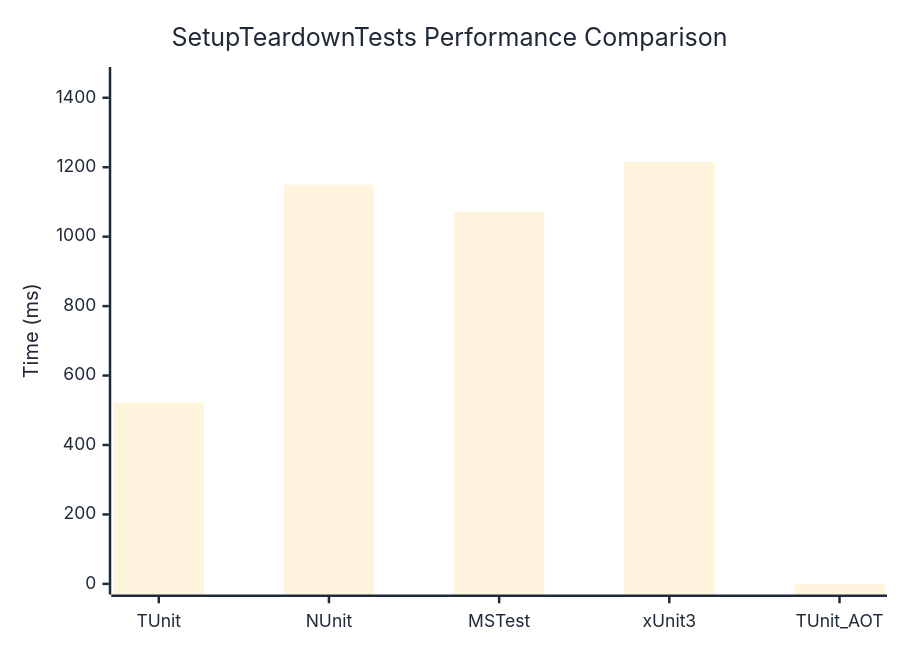
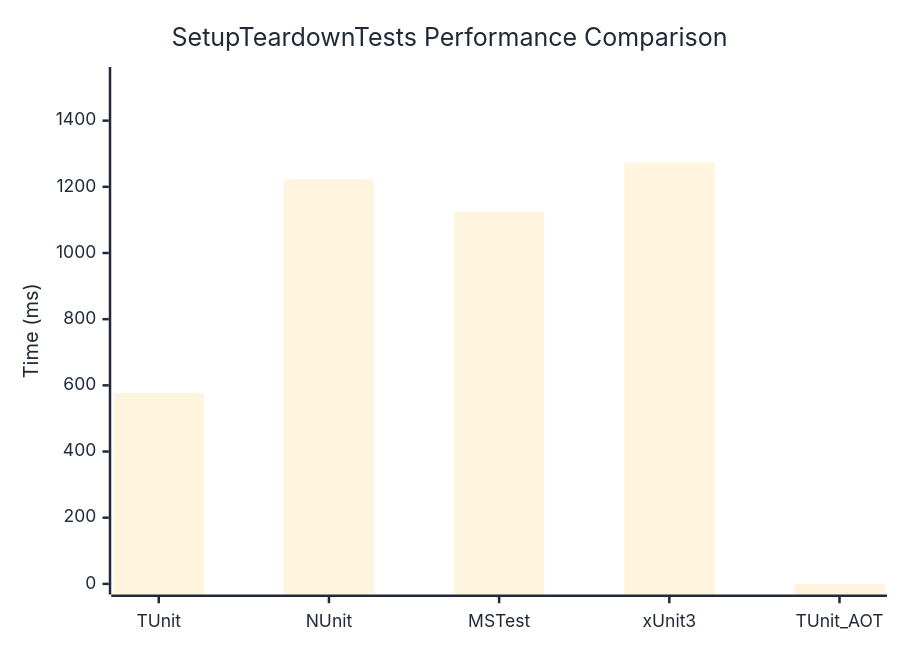
The diagram in docs/docs/benchmarks/SetupTeardownTests.md (thomhurst/TUnit), drawn with Mermaid before and after one commit. The commit also changed other lines of this file and 17 other files, not shown here.

````diff
--- a/docs/docs/benchmarks/SetupTeardownTests.md
+++ b/docs/docs/benchmarks/SetupTeardownTests.md
@@ -27,37 +27,37 @@
 ```mermaid
 %%{init: {
   'theme':'base',
   'themeVariables': {
     'primaryColor': '#2563eb',
     'primaryTextColor': '#1f2937',
     'primaryBorderColor': '#1e40af',
     'lineColor': '#6b7280',
     'secondaryColor': '#7c3aed',
     'tertiaryColor': '#dc2626',
     'background': '#ffffff',
     'mainBkg': '#2563eb',
     'secondBkg': '#7c3aed',
     'tertiaryBkg': '#dc2626',
     'clusterBkg': '#f3f4f6',
     'edgeLabelBackground': '#ffffff',
     'tertiaryTextColor': '#1f2937',
     'pie1': '#2563eb',
     'pie2': '#7c3aed',
     'pie3': '#dc2626',
     'pie4': '#f59e0b',
     'pie5': '#10b981',
     'pie6': '#06b6d4',
     'pie7': '#ec4899',
     'pie8': '#6366f1',
     'pie9': '#84cc16',
     'pie10': '#f97316',
     'pie11': '#14b8a6',
     'pie12': '#a855f7'
   }
 }}%%
 xychart-beta
   title "SetupTeardownTests Performance Comparison"
   x-axis ["TUnit", "NUnit", "MSTest", "xUnit3", "TUnit_AOT"]
-  y-axis "Time (ms)" 0 --> 1458
-  bar [522, 1149.6, 1071.1, 1215, 0]
+  y-axis "Time (ms)" 0 --> 1530
+  bar [577.1, 1223, 1124.5, 1274.5, 0]
 ```
````
